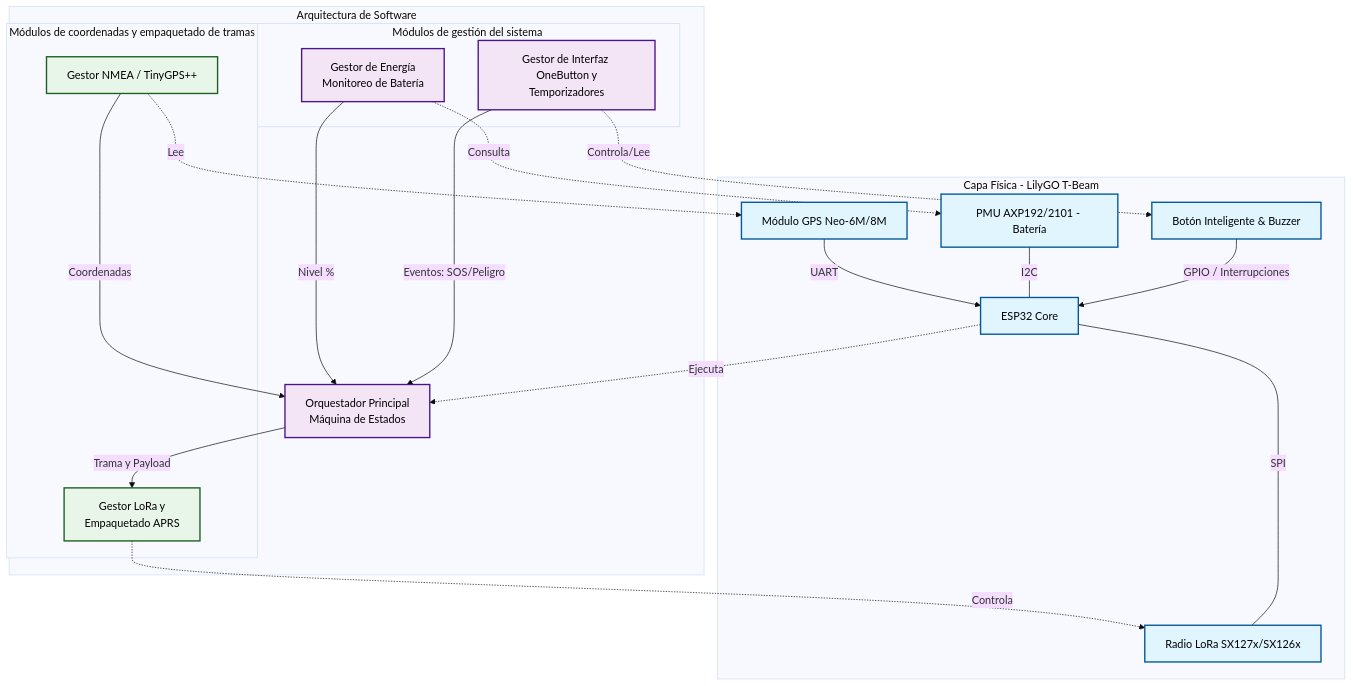
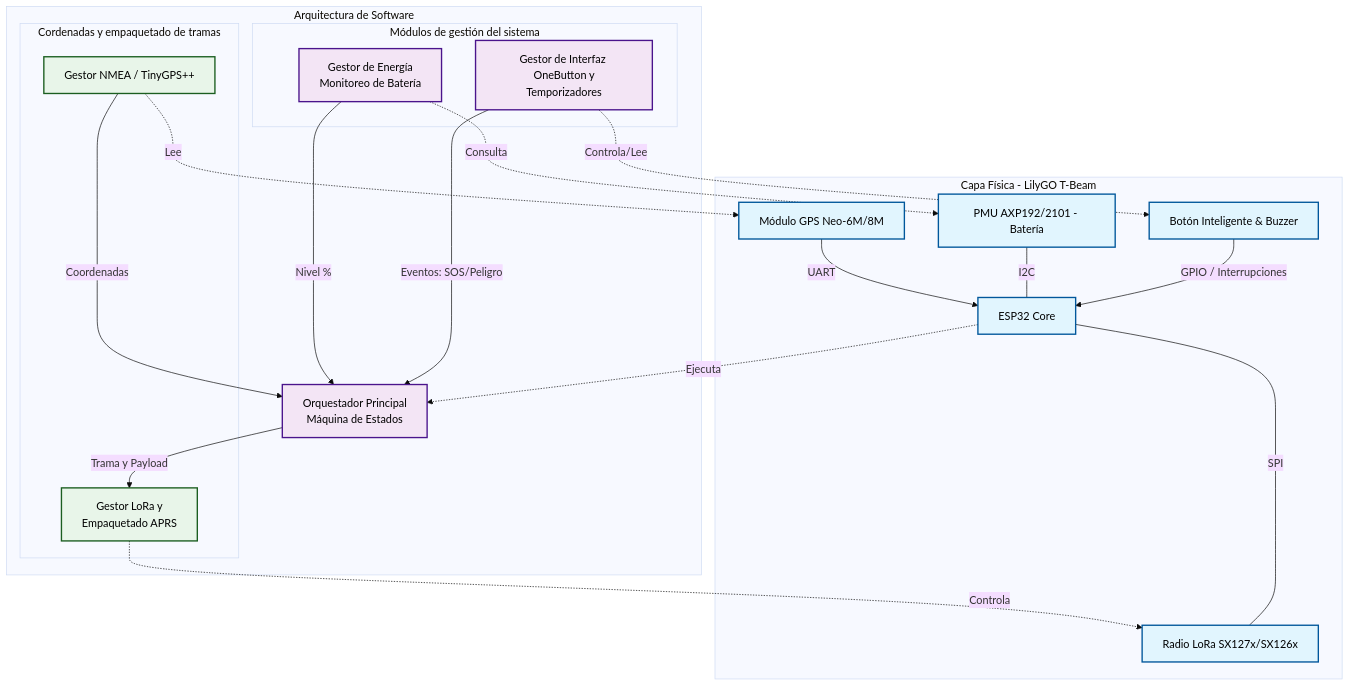
One commit to SnowRainicorn/Taller-Integrador changed the second of 2 diagrams in README.md. Above: the diagram before and after it, drawn with Mermaid (base theme).

````diff
--- a/README.md
+++ b/README.md
@@ -77,52 +77,52 @@
 ```mermaid
   flowchart TD
     %% Definición de Estilos
     classDef hardware fill:#e1f5fe,stroke:#01579b,stroke-width:2px,color:#000
     classDef software fill:#f3e5f5,stroke:#4a148c,stroke-width:2px,color:#000
     classDef baseCode fill:#e8f5e9,stroke:#1b5e20,stroke-width:2px,color:#000
 
     %% Capa de Hardware
     subgraph Hardware [Capa Física - LilyGO T-Beam]
         MCU[ESP32 Core]:::hardware
         GPS[Módulo GPS Neo-6M/8M]:::hardware
         LORA[Radio LoRa SX127x/SX126x]:::hardware
         AXP[PMU AXP192/2101 - Batería]:::hardware
         IO[Botón Inteligente & Buzzer]:::hardware
         
         GPS -- UART --> MCU
         LORA -- SPI --- MCU
         AXP -- I2C --- MCU
         IO -- GPIO / Interrupciones --> MCU
     end
 
     %% Capa de Firmware
     subgraph Firmware [Arquitectura de Software]
         MAIN[Orquestador Principal \n Máquina de Estados]:::software
         
         %% Ubicación 
-        subgraph Base [Módulos de coordenadas y empaquetado de tramas]
+        subgraph Base [Cordenadas y empaquetado de tramas]
             GPS_PARSER[Gestor NMEA / TinyGPS++]:::baseCode
             LORA_APRS[Gestor LoRa y \n Empaquetado APRS]:::baseCode
         end
         
         %% Gestión
         subgraph Propios [Módulos de gestión del sistema]
             POWER_MGR[Gestor de Energía \n Monitoreo de Batería]:::software
             UI_MGR[Gestor de Interfaz \n OneButton y Temporizadores]:::software
         end
         
         %% Conexiones de Software
         GPS_PARSER -->|Coordenadas| MAIN
         POWER_MGR -->|Nivel %| MAIN
         UI_MGR -->|Eventos: SOS/Peligro| MAIN
         
         MAIN -->|Trama y Payload| LORA_APRS
     end
 
     %% Relación Hardware - Software
     MCU -. Ejecuta .-> MAIN
     LORA_APRS -. Controla .-> LORA
     GPS_PARSER -. Lee .-> GPS
     POWER_MGR -. Consulta .-> AXP
     UI_MGR -. Controla/Lee .-> IO
 ```
````
